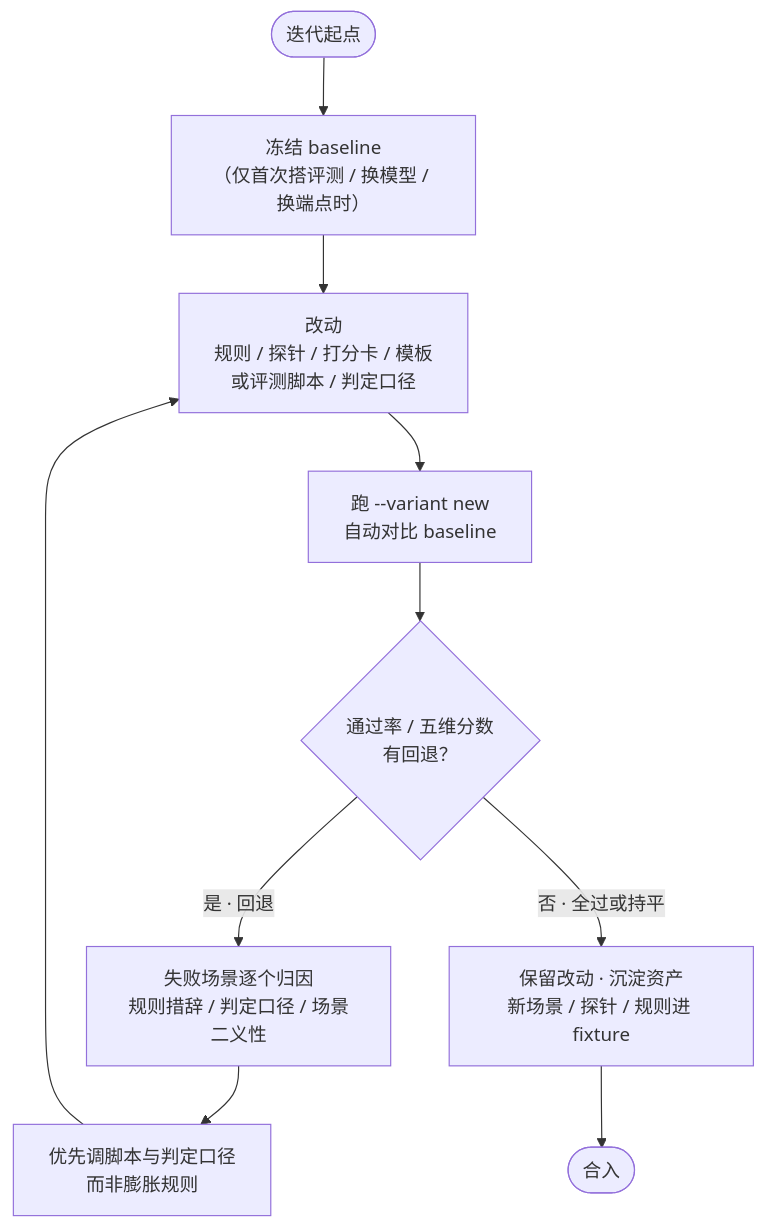
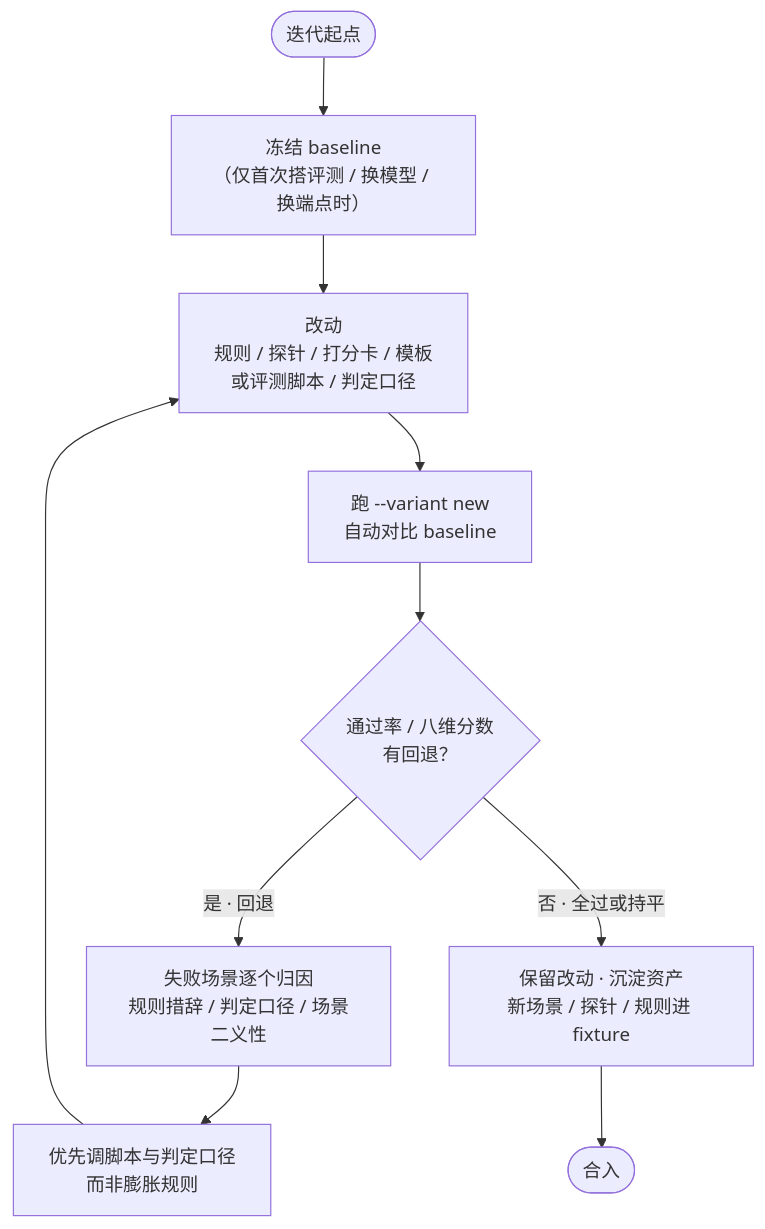
Diagram 15 of 16 in opencode-session-mgmt/docs/session-management.md (wonglaitung/opencode), drawn with Mermaid before and after one commit. The commit also changed other lines of this file and 11 other files, not shown here.

````diff
--- a/opencode-session-mgmt/docs/session-management.md
+++ b/opencode-session-mgmt/docs/session-management.md
@@ -1426,12 +1426,12 @@
 ```mermaid
 flowchart TD
     A(["迭代起点"]) --> B["冻结 baseline<br/>（仅首次搭评测 / 换模型 / 换端点时）"]
     B --> C["改动<br/>规则 / 探针 / 打分卡 / 模板<br/>或评测脚本 / 判定口径"]
     C --> D["跑 --variant new<br/>自动对比 baseline"]
-    D --> E{"通过率 / 五维分数<br/>有回退？"}
+    D --> E{"通过率 / 八维分数<br/>有回退？"}
     E -->|"是 · 回退"| F["失败场景逐个归因<br/>规则措辞 / 判定口径 / 场景二义性"]
     F --> G["优先调脚本与判定口径<br/>而非膨胀规则"]
     G --> C
     E -->|"否 · 全过或持平"| H["保留改动 · 沉淀资产<br/>新场景 / 探针 / 规则进 fixture"]
     H --> I(["合入"])
 ```
````
